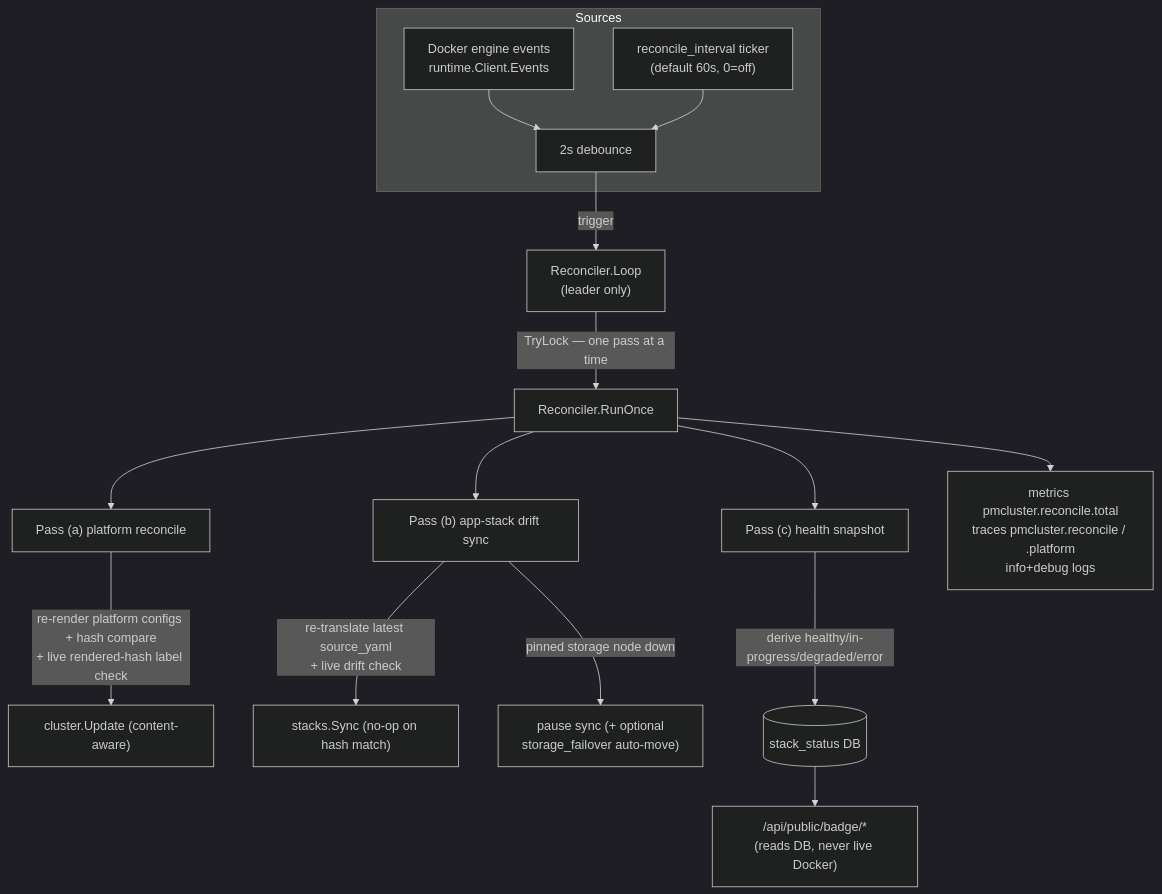
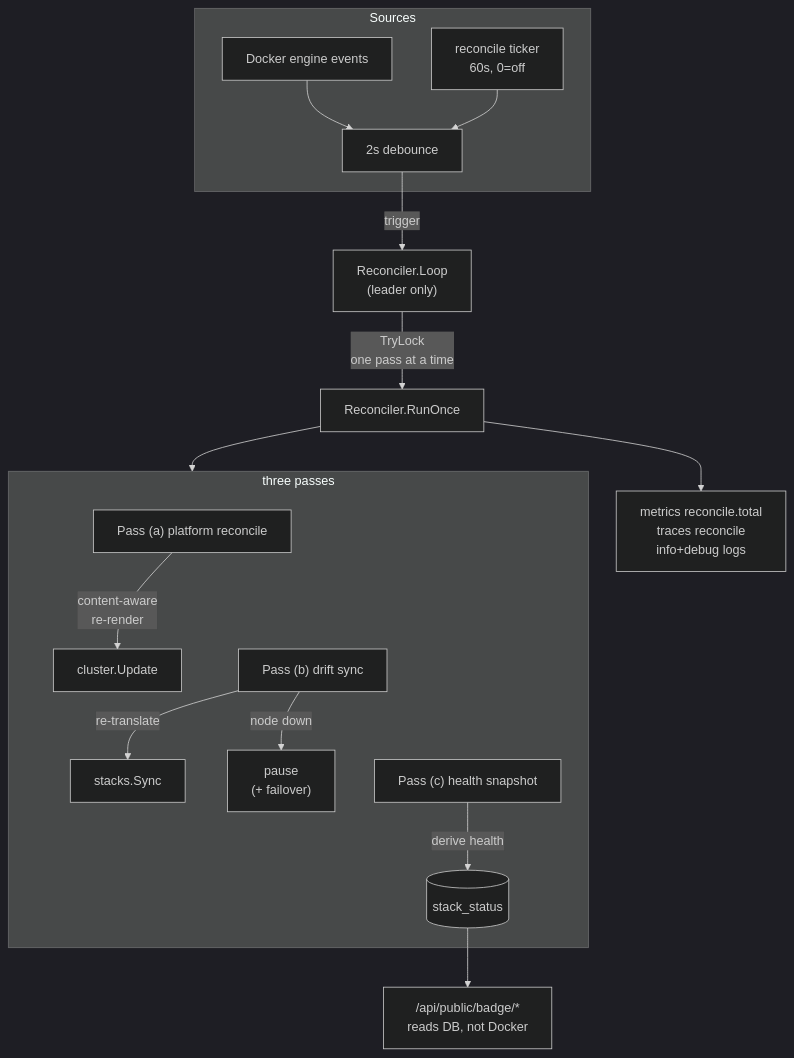
The diagram in docs/control-loop-design.md (hazemarian/poor-man-cluster), drawn with Mermaid (dark theme) before and after one commit. The commit also changed 3 other files, not shown here.

First line of the commit message:
docs: every diagram legible at GitHub's column width

````diff
--- a/docs/control-loop-design.md
+++ b/docs/control-loop-design.md
@@ -5,18 +5,21 @@
 ```mermaid
 flowchart TD
   subgraph Sources
-    DE["Docker engine events<br/>runtime.Client.Events"] --> DEB["2s debounce"]
-    TICK["reconcile_interval ticker<br/>(default 60s, 0=off)"] --> DEB
+    DE["Docker engine events"] --> DEB["2s debounce"]
+    TICK["reconcile ticker<br/>60s, 0=off"] --> DEB
   end
   DEB -->|"trigger"| LOOP["Reconciler.Loop<br/>(leader only)"]
-  LOOP -->|"TryLock — one pass at a time"| RUN["Reconciler.RunOnce"]
-  RUN --> P1["Pass (a) platform reconcile"]
-  RUN --> P2["Pass (b) app-stack drift sync"]
-  RUN --> P3["Pass (c) health snapshot"]
-  P1 -->|"re-render platform configs + hash compare<br/>+ live rendered-hash label check"| UPD["cluster.Update (content-aware)"]
-  P2 -->|"re-translate latest source_yaml<br/>+ live drift check"| SYNC["stacks.Sync (no-op on hash match)"]
-  P2 -->|"pinned storage node down"| PAUSE["pause sync (+ optional<br/>storage_failover auto-move)"]
-  P3 -->|"derive healthy/in-progress/degraded/error"| SS[("stack_status DB")]
-  SS --> BADGE["/api/public/badge/*<br/>(reads DB, never live Docker)"]
-  RUN --> OBS["metrics pmcluster.reconcile.total<br/>traces pmcluster.reconcile / .platform<br/>info+debug logs"]
+  LOOP -->|"TryLock<br/>one pass at a time"| RUN["Reconciler.RunOnce"]
+  subgraph PASSES["three passes"]
+    P1["Pass (a) platform reconcile"] -->|"content-aware<br/>re-render"| UPD["cluster.Update"]
+    P2["Pass (b) drift sync"] -->|"re-translate"| SYNC["stacks.Sync"]
+    P2 -->|"node down"| PAUSE["pause<br/>(+ failover)"]
+    P3["Pass (c) health snapshot"] -->|"derive health"| SS[("stack_status")]
+    %% layout only: the three passes stack instead of sitting in one wide row
+    %% (they are independent; these links carry no meaning)
+    P1 ~~~ P2 ~~~ P3
+  end
+  RUN --> PASSES
+  SS --> BADGE["/api/public/badge/*<br/>reads DB, not Docker"]
+  RUN --> OBS["metrics reconcile.total<br/>traces reconcile<br/>info+debug logs"]
 ```
````
